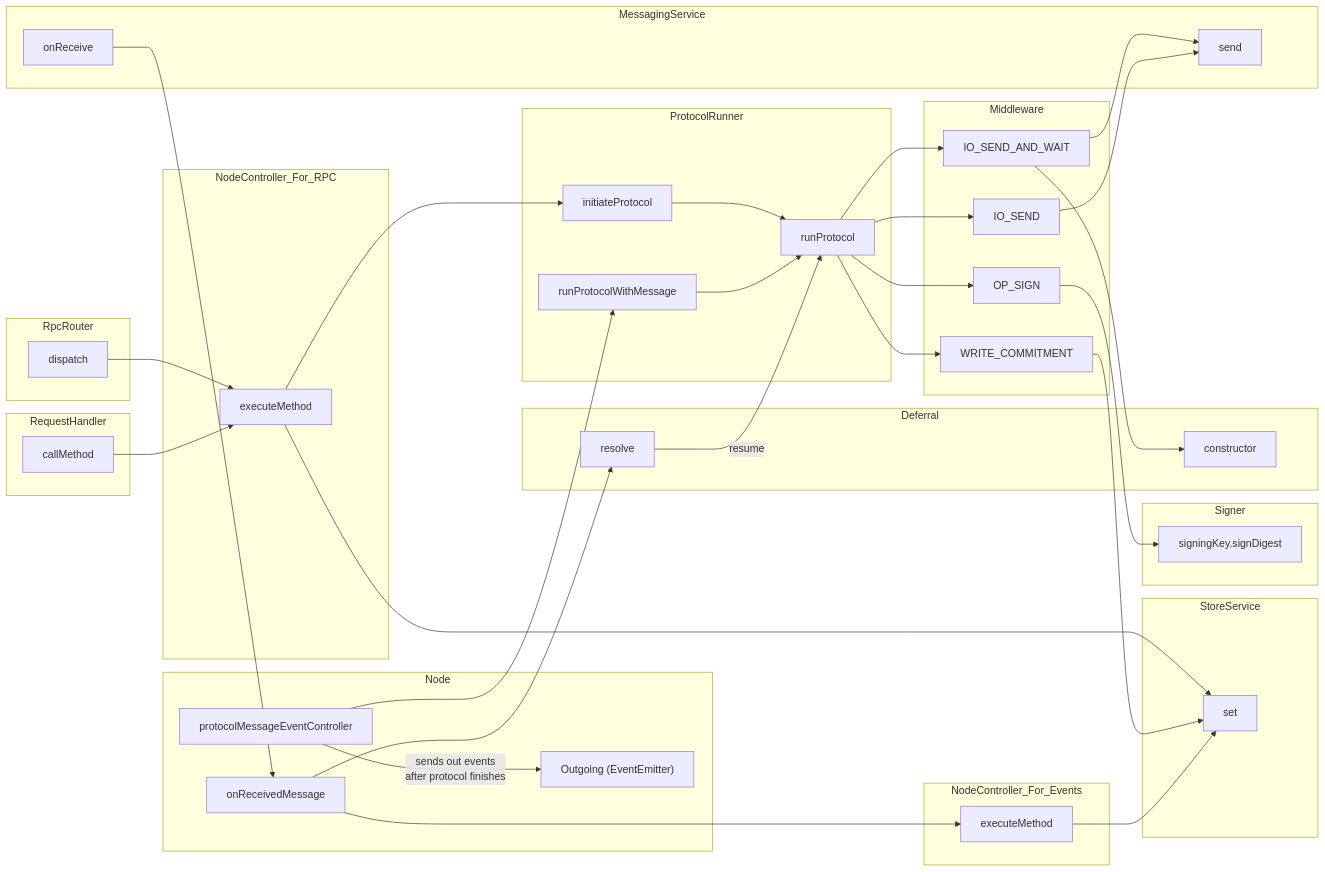
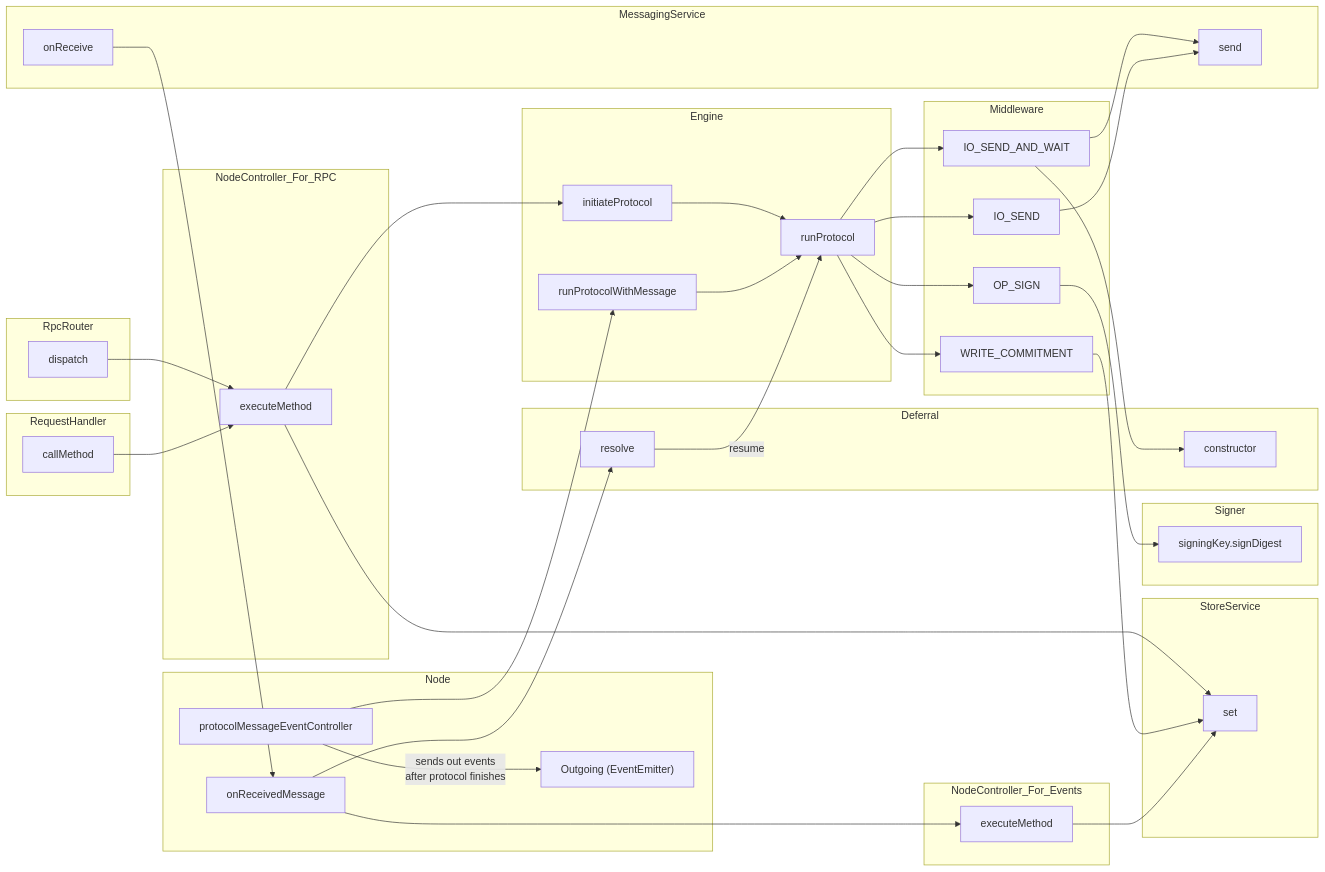
The diagram in packages/node/docs/source/diagrams/node-cfg.mmd (counterfactual/monorepo), drawn with Mermaid before and after one commit. The commit also changed 24 other files, not shown here.

Commit message:
chore: replace 'ProtocolRunner' with 'Engine'

```diff
--- a/packages/node/docs/source/diagrams/node-cfg.mmd
+++ b/packages/node/docs/source/diagrams/node-cfg.mmd
@@ -1,70 +1,70 @@
 graph LR
   subgraph MessagingService
     onReceive
     send
   end
 
   subgraph RequestHandler
     callMethod
   end
 
   subgraph RpcRouter
     dispatch
   end
 
   subgraph StoreService
     storeServiceSet["set"]
   end
 
   subgraph NodeController_For_RPC
     rpcExecute["executeMethod"]-->storeServiceSet
     dispatch-->rpcExecute
     callMethod-->rpcExecute
   end
 
   subgraph Middleware
     IO_SEND_AND_WAIT
     IO_SEND
     OP_SIGN
     WRITE_COMMITMENT-->storeServiceSet
     IO_SEND_AND_WAIT-->send
     IO_SEND-->send
   end
   subgraph Deferral
     ioSendDeferrals["resolve"]
     deferralCtor["constructor"]
   end
 
   subgraph Signer
     signDigest["signingKey.signDigest"]
   end
 
   subgraph Node
     onReceivedMessage
     onReceive-->onReceivedMessage
     onReceivedMessage-->ioSendDeferrals
     outgoing["Outgoing (EventEmitter)"]
     protocolMessageEventController-->|sends out events <br>after protocol finishes|outgoing
     OP_SIGN-->signDigest
   end
 
   subgraph NodeController_For_Events
     eventExecute["executeMethod"]-->storeServiceSet
     onReceivedMessage-->eventExecute
   end
 
-  subgraph ProtocolRunner
+  subgraph Engine
     initiateProtocol
     runProtocolWithMessage
     protocolMessageEventController-->runProtocolWithMessage
     rpcExecute-->initiateProtocol
     runProtocol
     initiateProtocol-->runProtocol
     runProtocolWithMessage-->runProtocol
     ioSendDeferrals-->|resume|runProtocol
     IO_SEND_AND_WAIT-->deferralCtor
     runProtocol-->IO_SEND_AND_WAIT
     runProtocol-->IO_SEND
     runProtocol-->OP_SIGN
     runProtocol-->WRITE_COMMITMENT
   end
```
